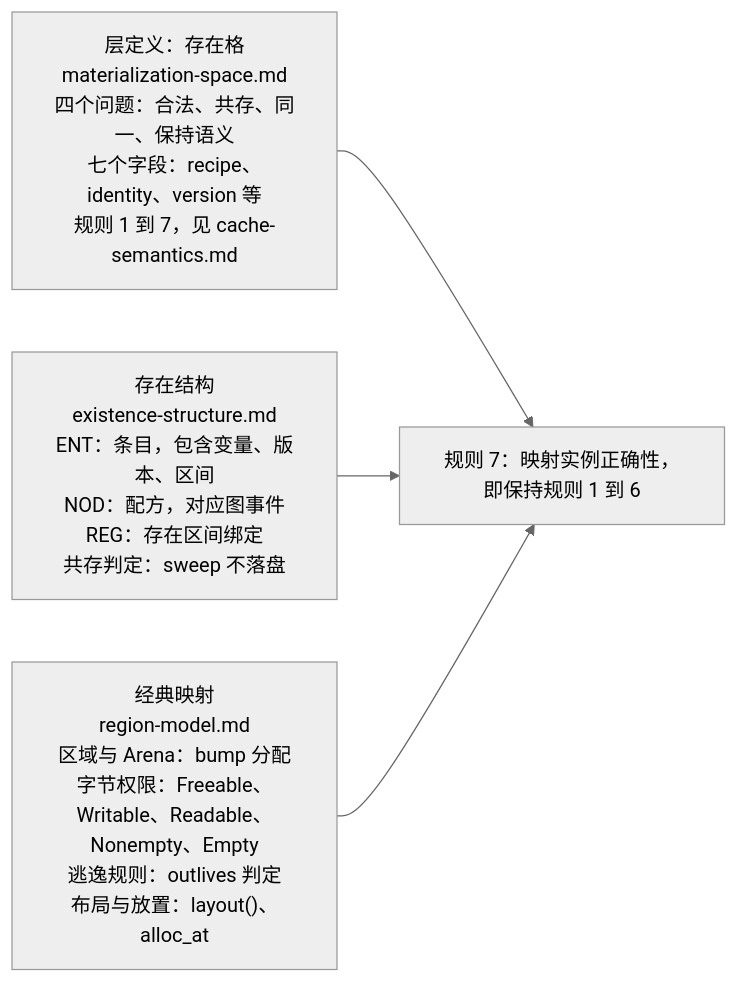
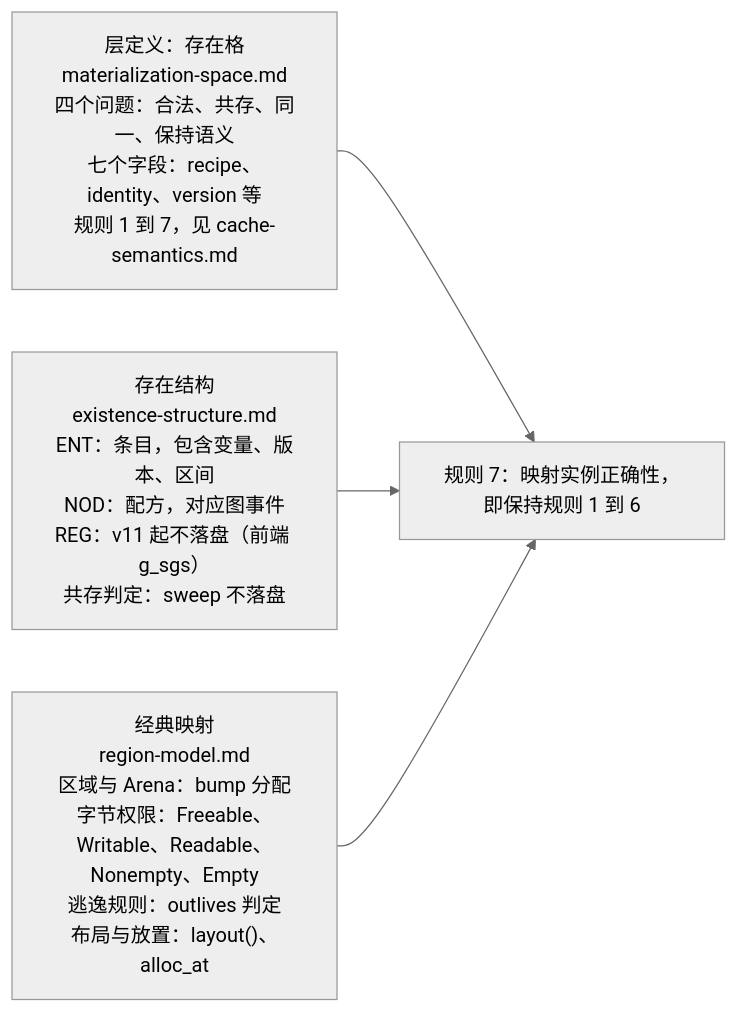
Before and after one commit to dslsdzc/core: the diagram in docs/maintainer/design/memory-model.md, drawn with Mermaid (neutral theme). The commit also changed other lines of this file and 36 other files, not shown here.

````diff
--- a/docs/maintainer/design/memory-model.md
+++ b/docs/maintainer/design/memory-model.md
@@ -22,10 +22,10 @@
 ```mermaid
 flowchart LR
     L["层定义：存在格<br/>materialization-space.md<br/>四个问题：合法、共存、同一、保持语义<br/>七个字段：recipe、identity、version 等<br/>规则 1 到 7，见 cache-semantics.md"]
-    S["存在结构<br/>existence-structure.md<br/>ENT：条目，包含变量、版本、区间<br/>NOD：配方，对应图事件<br/>REG：存在区间绑定<br/>共存判定：sweep 不落盘"]
+    S["存在结构<br/>existence-structure.md<br/>ENT：条目，包含变量、版本、区间<br/>NOD：配方，对应图事件<br/>REG：v11 起不落盘（前端 g_sgs）<br/>共存判定：sweep 不落盘"]
     M["经典映射<br/>region-model.md<br/>区域与 Arena：bump 分配<br/>字节权限：Freeable、Writable、Readable、Nonempty、Empty<br/>逃逸规则：outlives 判定<br/>布局与放置：layout()、alloc_at"]
     R["规则 7：映射实例正确性，即保持规则 1 到 6"]
     L --> R
     S --> R
     M --> R
 ```
````
